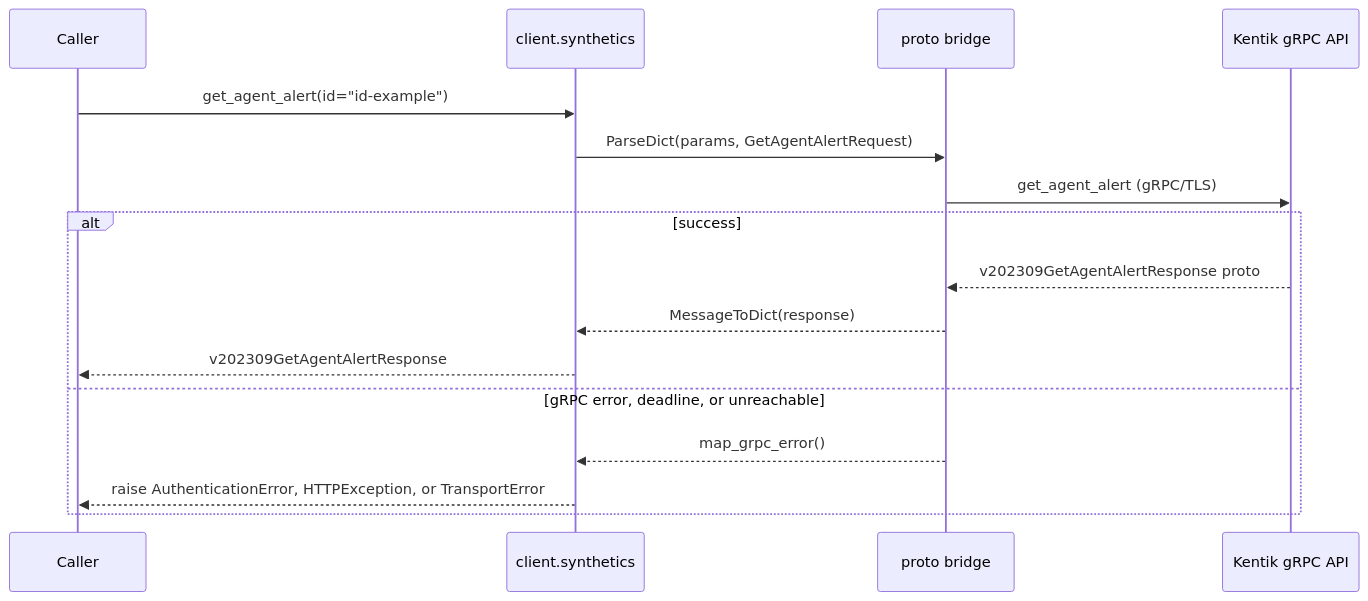
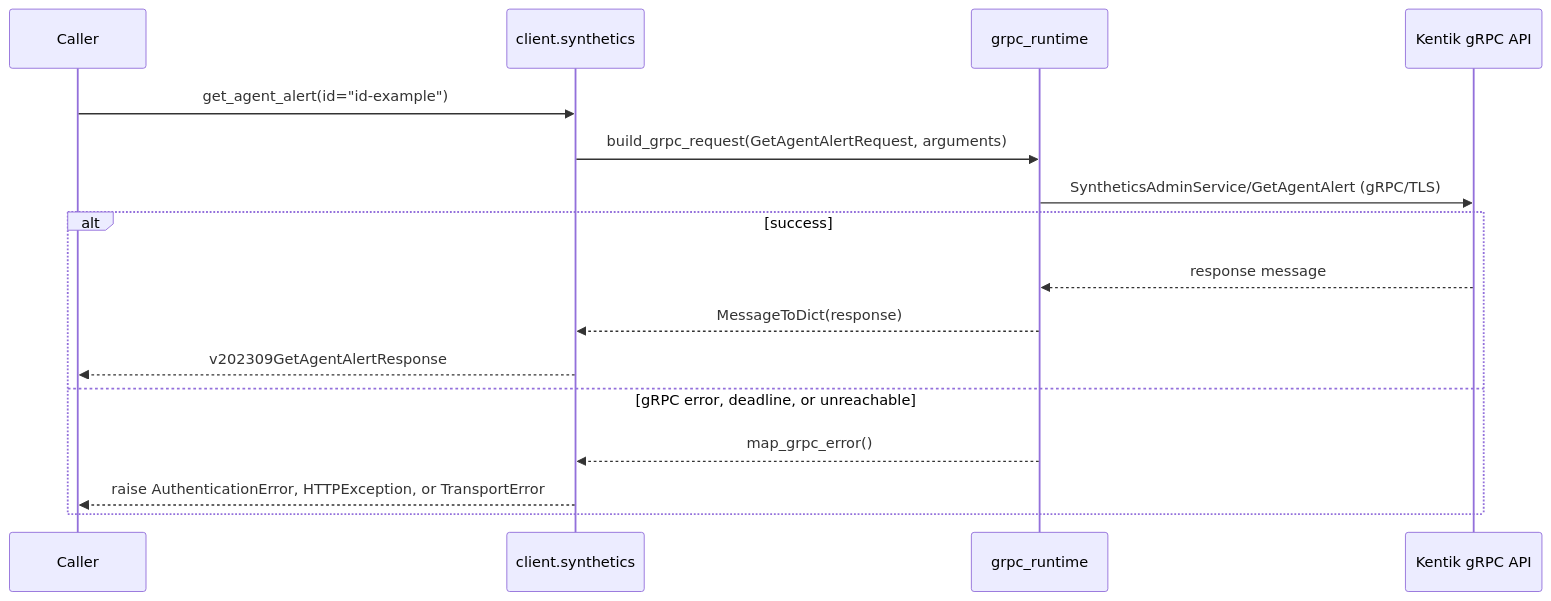
Before and after one commit to alexdearaujo/community_sdk_python: the seventh of 38 diagrams in docs/sphinx/services/synthetics.md, drawn with Mermaid. The commit also changed other lines of this file and 37 other files, not shown here.

First line of the commit message:
docs: show the real RPC in each service page's gRPC diagram

````diff
--- a/docs/sphinx/services/synthetics.md
+++ b/docs/sphinx/services/synthetics.md
@@ -211,19 +211,19 @@
 ```mermaid
 sequenceDiagram
     participant C as Caller
     participant W as client.synthetics
-    participant B as proto bridge
+    participant R as grpc_runtime
     participant API as Kentik gRPC API
 
     C->>W: get_agent_alert(id="id-example")
-    W->>B: ParseDict(params, GetAgentAlertRequest)
-    B->>API: get_agent_alert (gRPC/TLS)
+    W->>R: build_grpc_request(GetAgentAlertRequest, arguments)
+    R->>API: SyntheticsAdminService/GetAgentAlert (gRPC/TLS)
     alt success
-        API-->>B: v202309GetAgentAlertResponse proto
-        B-->>W: MessageToDict(response)
+        API-->>R: response message
+        R-->>W: MessageToDict(response)
         W-->>C: v202309GetAgentAlertResponse
     else gRPC error, deadline, or unreachable
-        B-->>W: map_grpc_error()
+        R-->>W: map_grpc_error()
         W-->>C: raise AuthenticationError, HTTPException, or TransportError
     end
 ```
````
